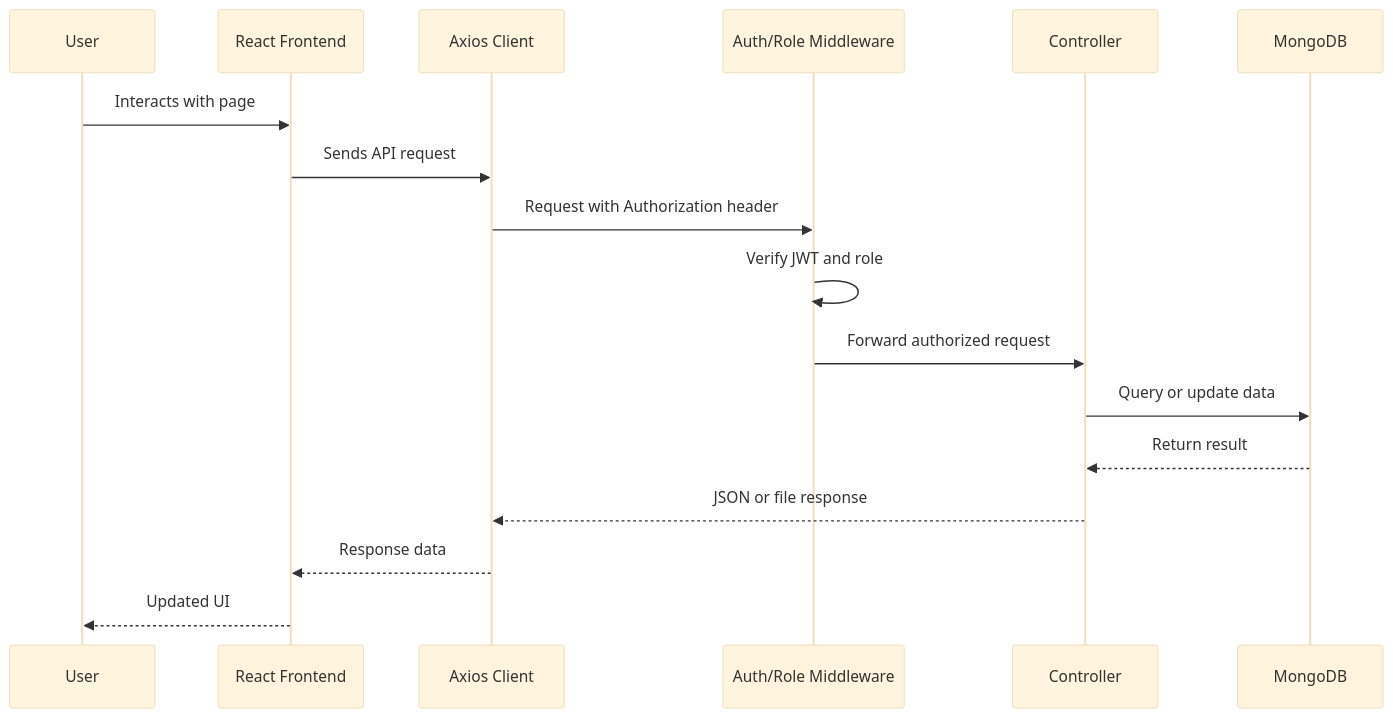
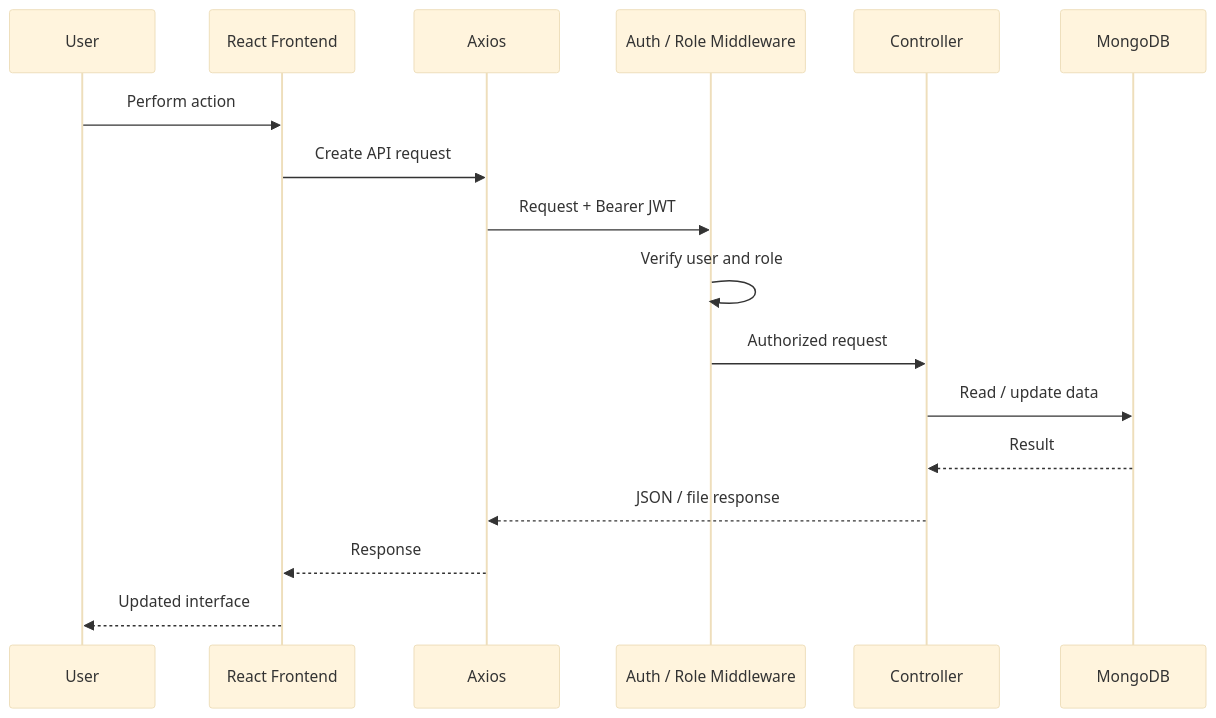
Before and after one commit to Rishy-09/CtrlX_Error: the third of 4 diagrams in README.md, drawn with Mermaid (base theme). The commit also changed other lines of this file and 15 other files, not shown here.

````diff
--- a/README.md
+++ b/README.md
@@ -469,20 +366,20 @@
 ```mermaid
 sequenceDiagram
     participant U as User
     participant F as React Frontend
-    participant A as Axios Client
-    participant M as Auth/Role Middleware
+    participant A as Axios
+    participant M as Auth / Role Middleware
     participant C as Controller
     participant D as MongoDB
 
-    U->>F: Interacts with page
-    F->>A: Sends API request
-    A->>M: Request with Authorization header
-    M->>M: Verify JWT and role
-    M->>C: Forward authorized request
-    C->>D: Query or update data
-    D-->>C: Return result
-    C-->>A: JSON or file response
-    A-->>F: Response data
-    F-->>U: Updated UI
+    U->>F: Perform action
+    F->>A: Create API request
+    A->>M: Request + Bearer JWT
+    M->>M: Verify user and role
+    M->>C: Authorized request
+    C->>D: Read / update data
+    D-->>C: Result
+    C-->>A: JSON / file response
+    A-->>F: Response
+    F-->>U: Updated interface
 ```
````
